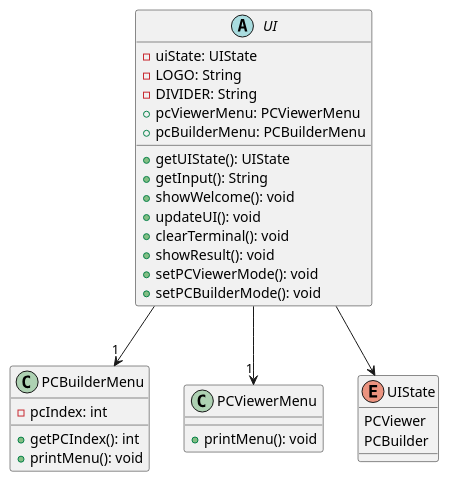
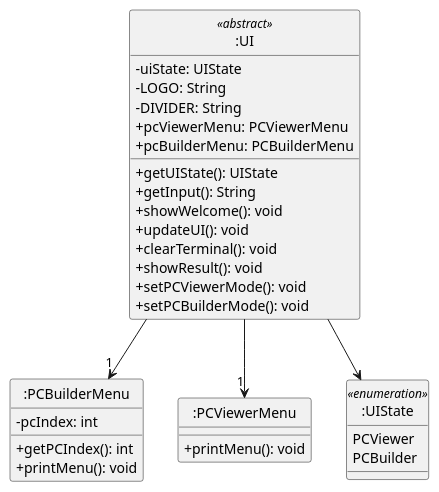
One commit to typingpanda/tp changed the diagram in docs/uml-source/UIClassDiagram.puml. Above: the diagram before and after it, drawn with PlantUML. The commit also changed 7 other files, not shown here.

```diff
--- a/docs/uml-source/UIClassDiagram.puml
+++ b/docs/uml-source/UIClassDiagram.puml
@@ -1,39 +1,47 @@
 @startuml
+skinparam classAttributeIconSize 0
 
-abstract class UI {
+class ":UI" as UI
+class ":PCBuilderMenu" as PCBuilderMenu
+class ":PCViewerMenu" as PCViewerMenu
+class ":UIState" as UIState
+
+class UI <<abstract>> {
     -uiState: UIState
     -LOGO: String
     -DIVIDER: String
     +pcViewerMenu: PCViewerMenu
     +pcBuilderMenu: PCBuilderMenu
 
     +getUIState(): UIState
     +getInput(): String
     +showWelcome(): void
     +updateUI(): void
     +clearTerminal(): void
     +showResult(): void
     +setPCViewerMode(): void
     +setPCBuilderMode(): void
 }
 
 class PCBuilderMenu {
     -pcIndex: int
     +getPCIndex(): int
     +printMenu(): void
 }
 
 class PCViewerMenu {
     +printMenu(): void
 }
 
-enum UIState {
+class UIState <<enumeration>> {
     PCViewer
     PCBuilder
 }
 
 UI --> "1" PCBuilderMenu
 UI --> "1" PCViewerMenu 
 UI --> UIState
 
+hide class circle
+
 @enduml
```
